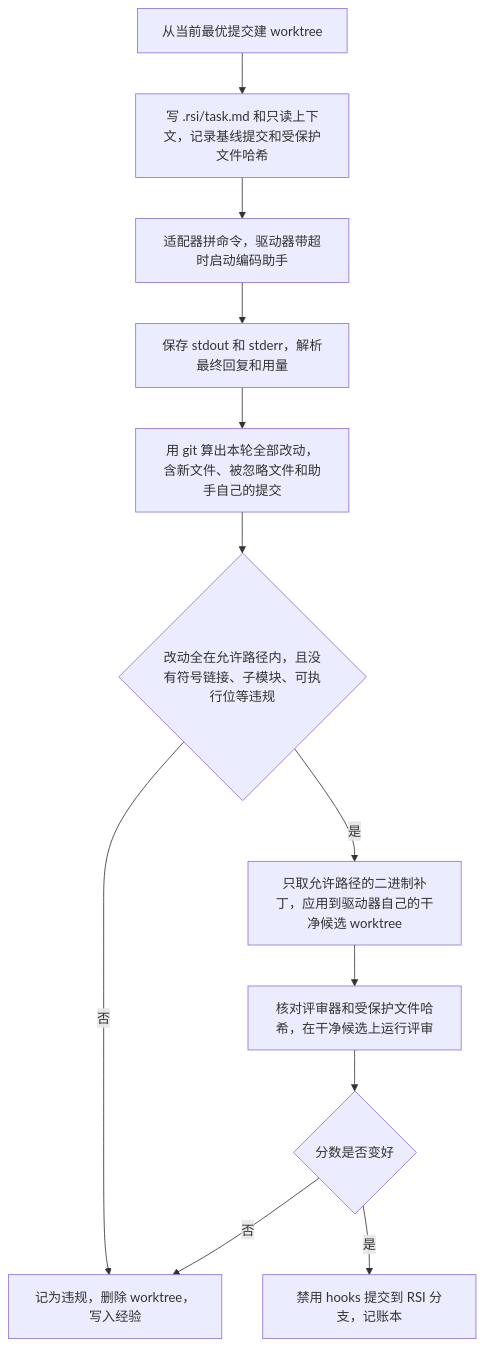
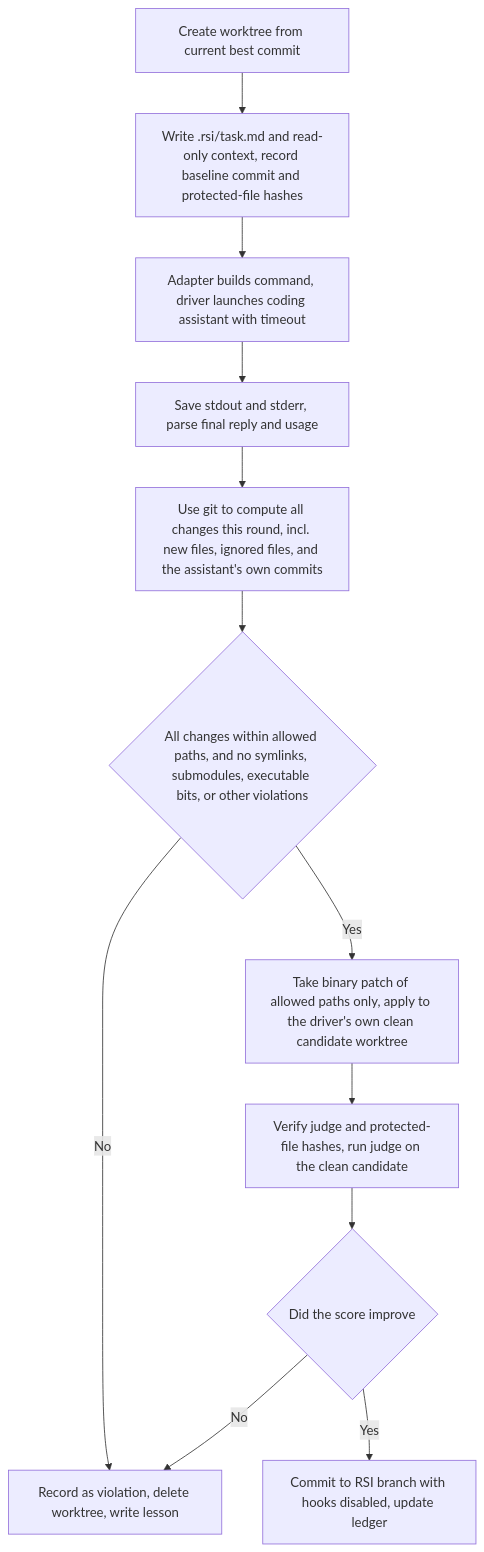
The diagram in docs/research/B-agents-and-models.md (3136321049/rsi-anything), drawn with Mermaid before and after one commit. The commit also changed other lines of this file and 283 other files, not shown here.

````diff
--- a/docs/research/B-agents-and-models.md
+++ b/docs/research/B-agents-and-models.md
@@ -221,14 +221,14 @@
 ```mermaid
 flowchart TD
-    A[从当前最优提交建 worktree] --> B[写 .rsi/task.md 和只读上下文，记录基线提交和受保护文件哈希]
-    B --> C[适配器拼命令，驱动器带超时启动编码助手]
-    C --> D[保存 stdout 和 stderr，解析最终回复和用量]
-    D --> E[用 git 算出本轮全部改动，含新文件、被忽略文件和助手自己的提交]
-    E --> F{改动全在允许路径内，且没有符号链接、子模块、可执行位等违规}
-    F -- 否 --> R[记为违规，删除 worktree，写入经验]
-    F -- 是 --> G[只取允许路径的二进制补丁，应用到驱动器自己的干净候选 worktree]
-    G --> H[核对评审器和受保护文件哈希，在干净候选上运行评审]
-    H --> I{分数是否变好}
-    I -- 是 --> K[禁用 hooks 提交到 RSI 分支，记账本]
-    I -- 否 --> R
+    A[Create worktree from current best commit] --> B[Write .rsi/task.md and read-only context, record baseline commit and protected-file hashes]
+    B --> C[Adapter builds command, driver launches coding assistant with timeout]
+    C --> D[Save stdout and stderr, parse final reply and usage]
+    D --> E[Use git to compute all changes this round, incl. new files, ignored files, and the assistant's own commits]
+    E --> F{All changes within allowed paths, and no symlinks, submodules, executable bits, or other violations}
+    F -- No --> R[Record as violation, delete worktree, write lesson]
+    F -- Yes --> G[Take binary patch of allowed paths only, apply to the driver's own clean candidate worktree]
+    G --> H[Verify judge and protected-file hashes, run judge on the clean candidate]
+    H --> I{Did the score improve}
+    I -- Yes --> K[Commit to RSI branch with hooks disabled, update ledger]
+    I -- No --> R
 ```
````
